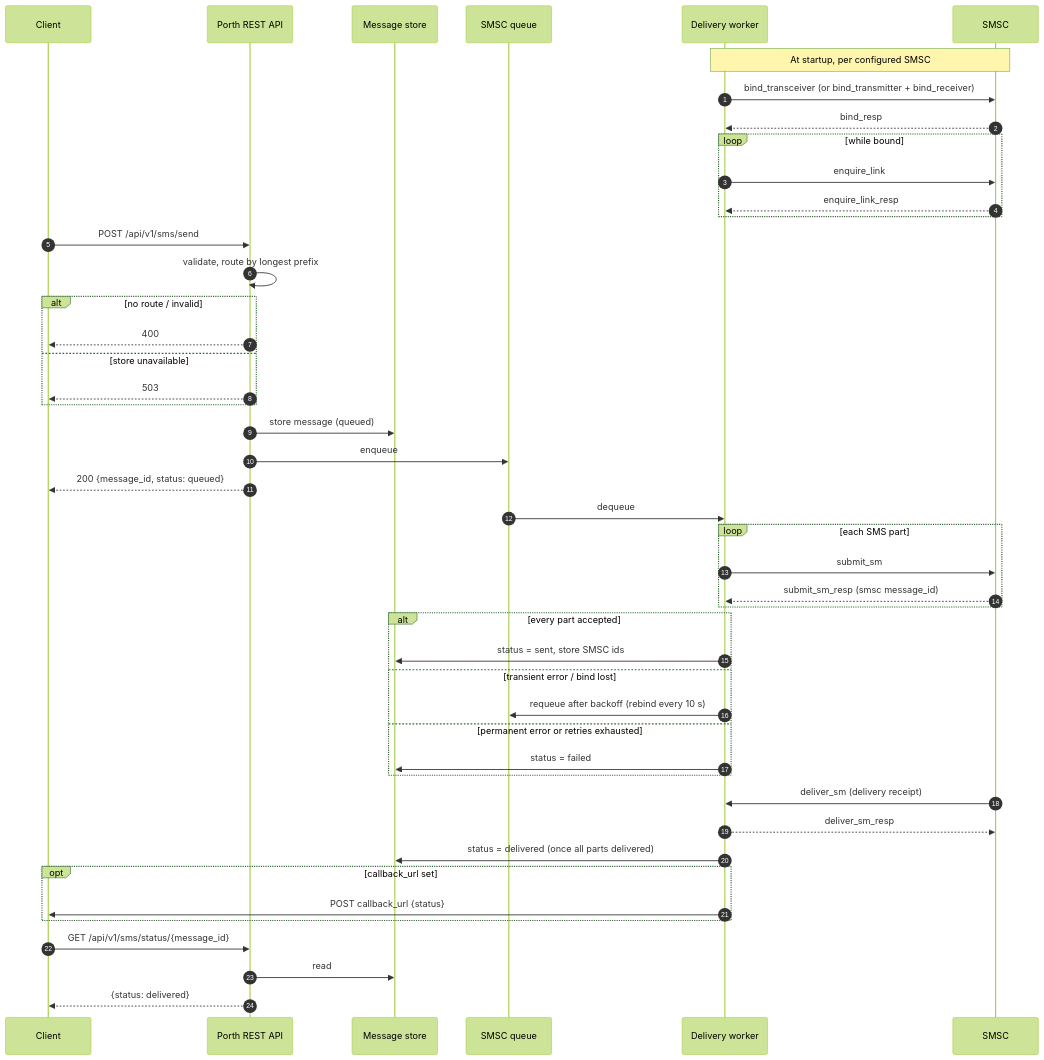
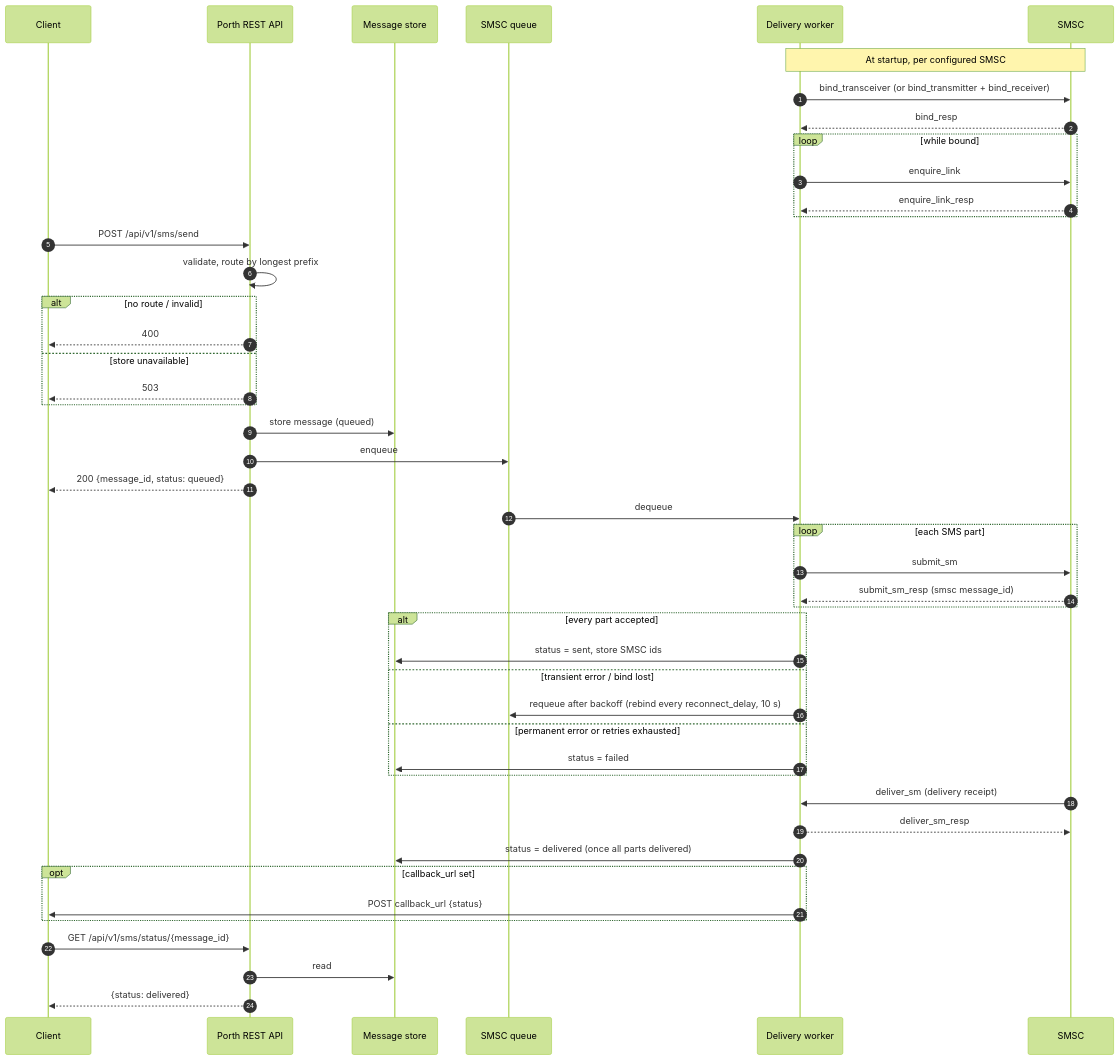
Before and after one commit to codcod/porth: the diagram in README.md, drawn with Mermaid (forest theme). The commit also changed other lines of this file and 10 other files, not shown here.

First line of the commit message:
feat(smpp): configurable reconnect delay, keepalive and timeouts per SMSC (POR-042)

````diff
--- a/README.md
+++ b/README.md
@@ -51,53 +51,53 @@
 ```mermaid
 sequenceDiagram
     autonumber
     participant C as Client
     participant API as Porth REST API
     participant DB as Message store
     participant Q as SMSC queue
     participant W as Delivery worker
     participant S as SMSC
 
     Note over W,S: At startup, per configured SMSC
     W->>S: bind_transceiver (or bind_transmitter + bind_receiver)
     S-->>W: bind_resp
     loop while bound
         W->>S: enquire_link
         S-->>W: enquire_link_resp
     end
 
     C->>API: POST /api/v1/sms/send
     API->>API: validate, route by longest prefix
     alt no route / invalid
         API-->>C: 400
     else store unavailable
         API-->>C: 503
     end
     API->>DB: store message (queued)
     API->>Q: enqueue
     API-->>C: 200 {message_id, status: queued}
 
     Q->>W: dequeue
     loop each SMS part
         W->>S: submit_sm
         S-->>W: submit_sm_resp (smsc message_id)
     end
     alt every part accepted
         W->>DB: status = sent, store SMSC ids
     else transient error / bind lost
-        W->>Q: requeue after backoff (rebind every 10 s)
+        W->>Q: requeue after backoff (rebind every reconnect_delay, 10 s)
     else permanent error or retries exhausted
         W->>DB: status = failed
     end
 
     S->>W: deliver_sm (delivery receipt)
     W-->>S: deliver_sm_resp
     W->>DB: status = delivered (once all parts delivered)
     opt callback_url set
         W->>C: POST callback_url {status}
     end
 
     C->>API: GET /api/v1/sms/status/{message_id}
     API->>DB: read
     API-->>C: {status: delivered}
 ```
````
